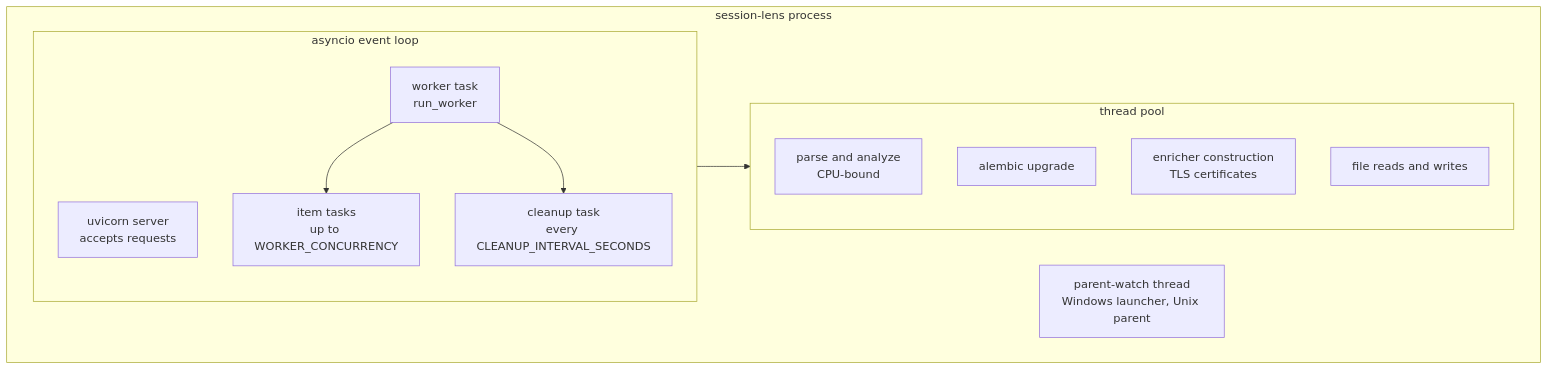
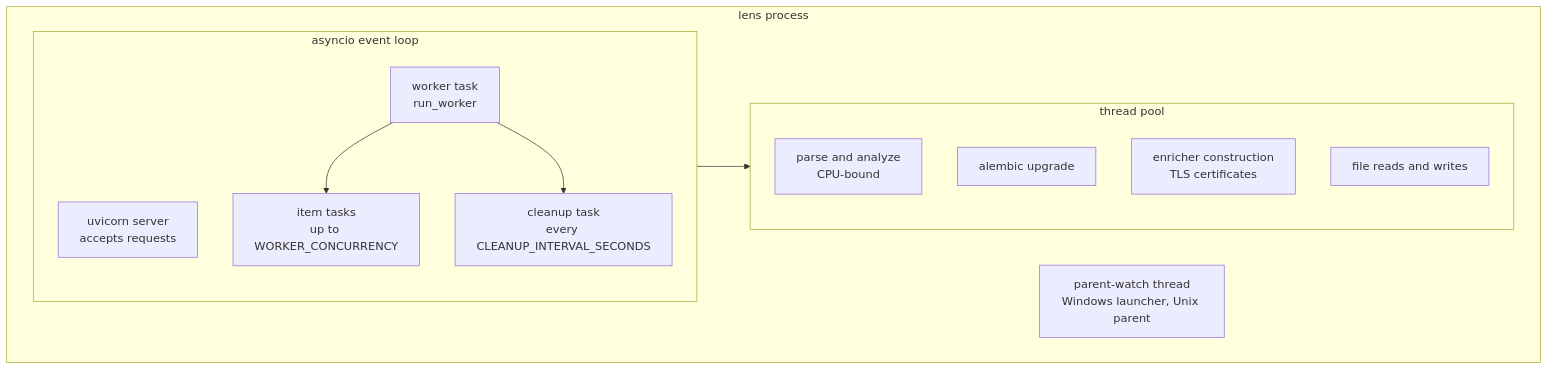
The seventh of 22 diagrams in docs/architecture.md (Flockdeck/lens), drawn with Mermaid before and after one commit. The commit also changed other lines of this file and 187 other files, not shown here.

First line of the commit message:
Rename session-lens to lens

````diff
--- a/docs/architecture.md
+++ b/docs/architecture.md
@@ -365,21 +365,21 @@
 ```mermaid
 flowchart TB
-    subgraph proc[session-lens process]
+    subgraph proc[lens process]
         subgraph loop[asyncio event loop]
             uv[uvicorn server<br/>accepts requests]
             wk[worker task<br/>run_worker]
             sub1[item tasks<br/>up to WORKER_CONCURRENCY]
             cl[cleanup task<br/>every CLEANUP_INTERVAL_SECONDS]
             wk --> sub1
             wk --> cl
         end
         subgraph threads[thread pool]
             t1[parse and analyze<br/>CPU-bound]
             t2[alembic upgrade]
             t3[enricher construction<br/>TLS certificates]
             t4[file reads and writes]
         end
         pw[parent-watch thread<br/>Windows launcher, Unix parent]
         loop --> threads
     end
 ```
````
